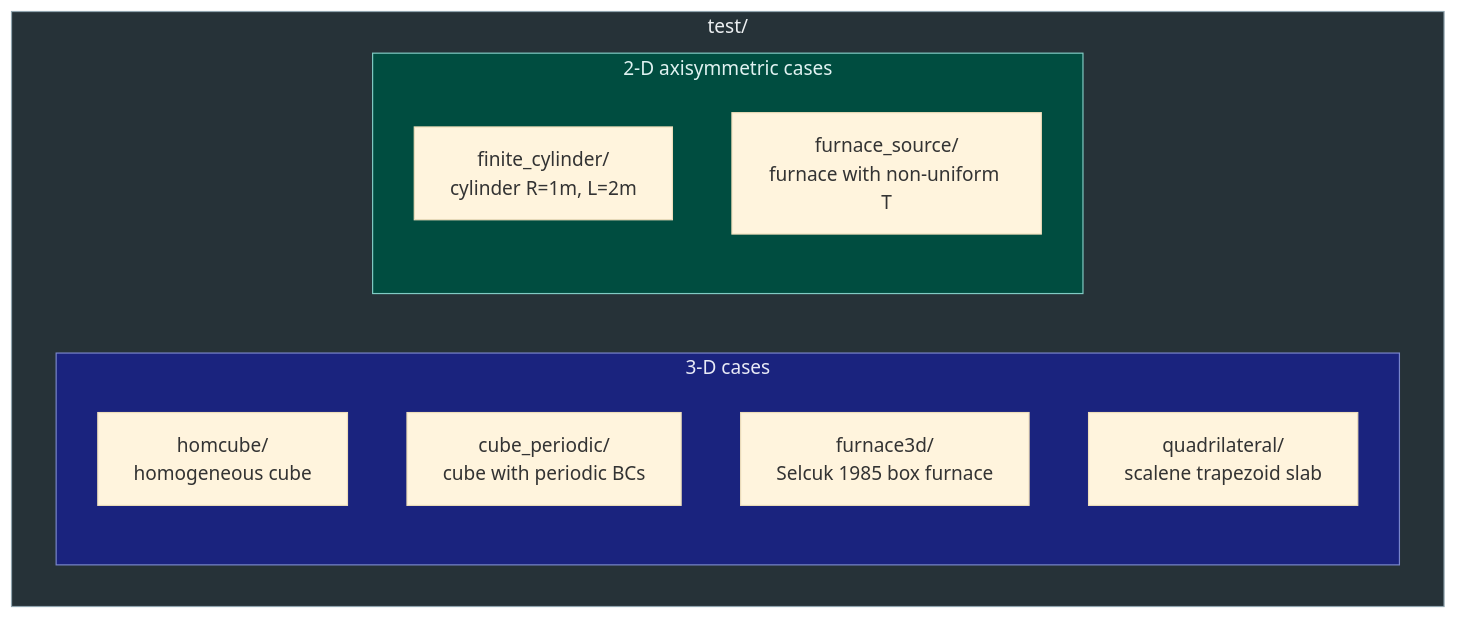
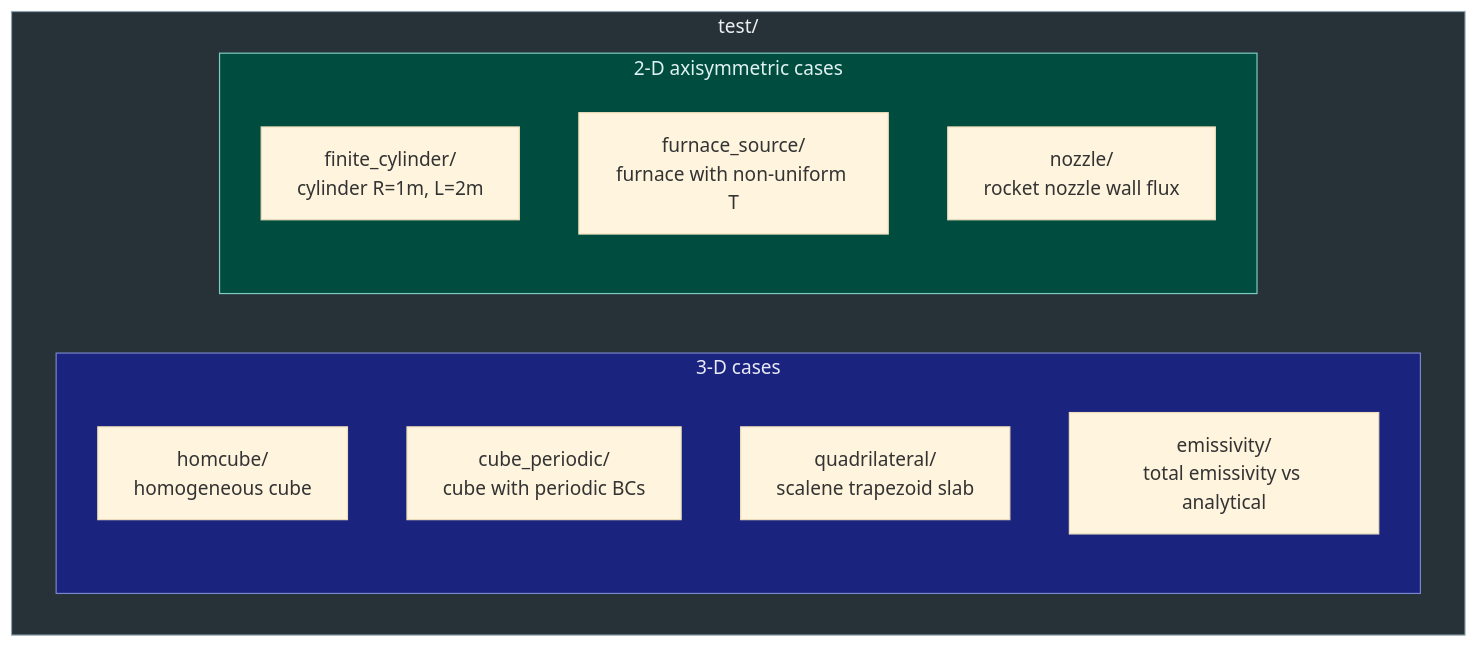
The first of 2 diagrams in docs/development/testing.md (open-hydra/GROOT), drawn with Mermaid (base theme) before and after one commit. The commit also changed other lines of this file and 9 other files, not shown here.

````diff
--- a/docs/development/testing.md
+++ b/docs/development/testing.md
@@ -12,19 +12,20 @@
 ```mermaid
 graph TD
     subgraph test ["test/"]
         subgraph threeD ["3-D cases"]
             HC["homcube/<br/>homogeneous cube"]
             CP["cube_periodic/<br/>cube with periodic BCs"]
-            F3["furnace3d/<br/>Selcuk 1985 box furnace"]
             QD["quadrilateral/<br/>scalene trapezoid slab"]
+            EM["emissivity/<br/>total emissivity vs analytical"]
         end
         subgraph twoD ["2-D axisymmetric cases"]
             FC["finite_cylinder/<br/>cylinder R=1m, L=2m"]
             FS["furnace_source/<br/>furnace with non-uniform T"]
+            NZ["nozzle/<br/>rocket nozzle wall flux"]
         end
     end
 
     style test fill:#263238,stroke:#90a4ae,color:#eceff1
     style threeD fill:#1a237e,stroke:#7986cb,color:#e8eaf6
     style twoD fill:#004d40,stroke:#80cbc4,color:#e0f2f1
 ```
````
